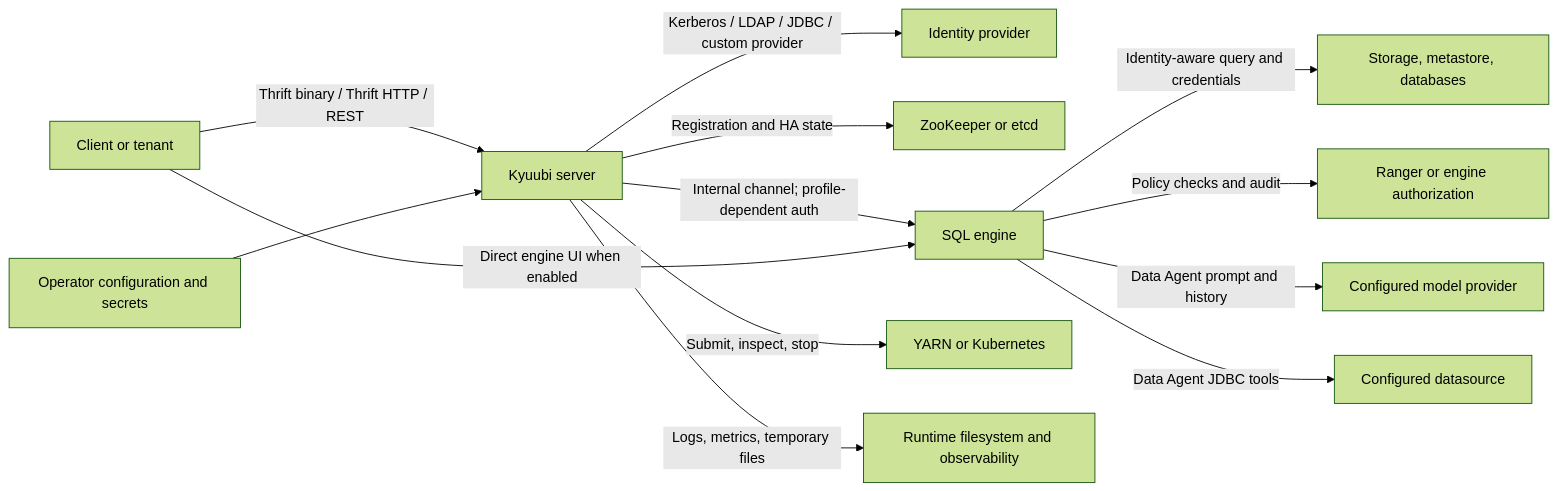
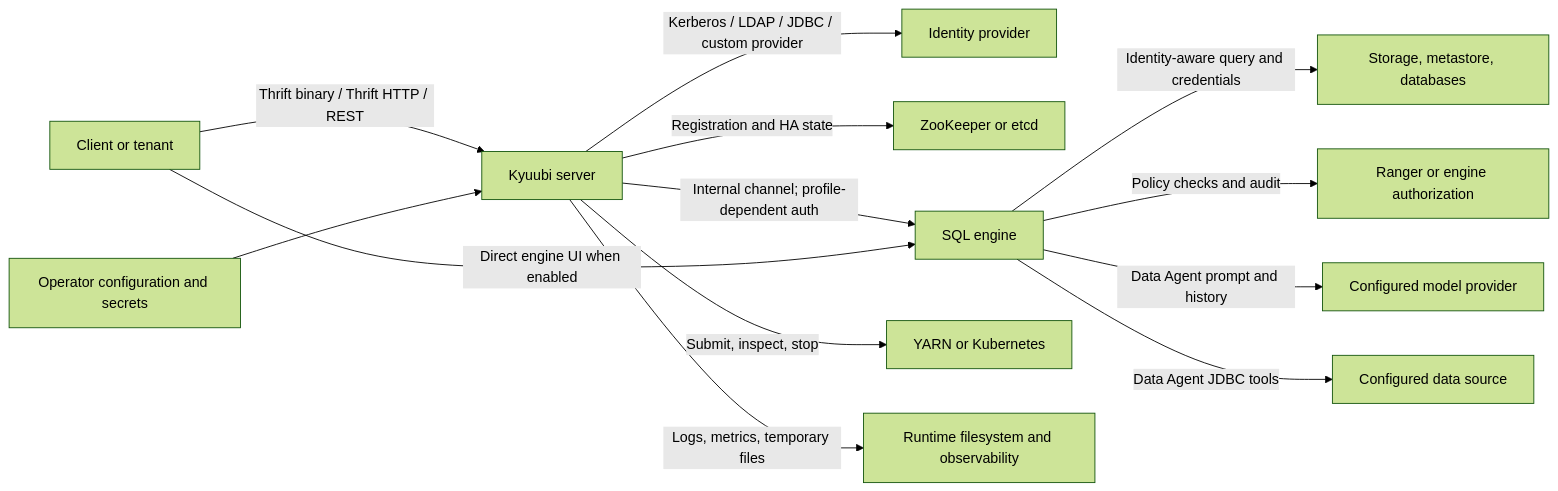
Before and after one commit to apache/kyuubi: the diagram in docs/security/threat-model.md, drawn with Mermaid (forest theme). The commit also changed other lines of this file and 1 other file, not shown here.

````diff
--- a/docs/security/threat-model.md
+++ b/docs/security/threat-model.md
@@ -152,15 +152,15 @@
 ```mermaid
 flowchart LR
     C[Client or tenant] -->|Thrift binary / Thrift HTTP / REST| K[Kyuubi server]
     K -->|Kerberos / LDAP / JDBC / custom provider| I[Identity provider]
     K -->|Registration and HA state| H[ZooKeeper or etcd]
     K -->|Internal channel; profile-dependent auth| E[SQL engine]
     K -->|Submit, inspect, stop| M[YARN or Kubernetes]
     E -->|Identity-aware query and credentials| D[Storage, metastore, databases]
     E -->|Policy checks and audit| R[Ranger or engine authorization]
     E -->|Data Agent prompt and history| P[Configured model provider]
-    E -->|Data Agent JDBC tools| J[Configured datasource]
+    E -->|Data Agent JDBC tools| J[Configured data source]
     C -->|Direct engine UI when enabled| E
     K -->|Logs, metrics, temporary files| L[Runtime filesystem and observability]
     O[Operator configuration and secrets] --> K
 ```
````
